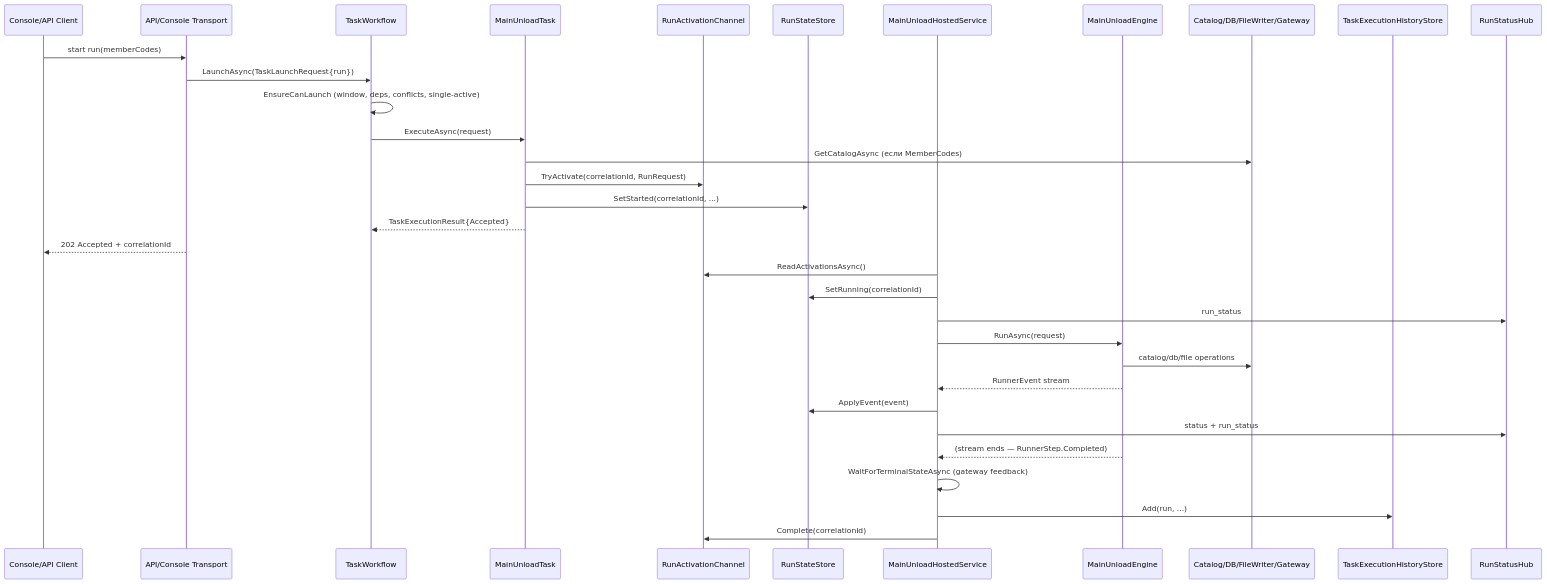
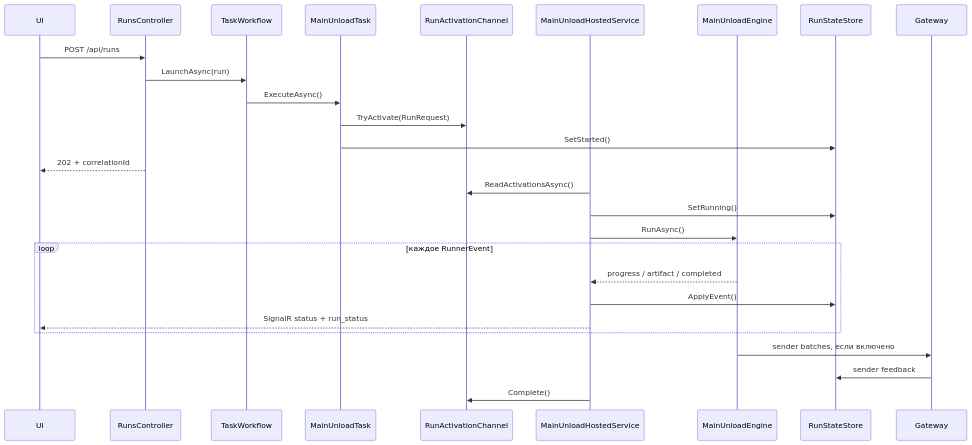
One commit to Dehydrohaloalkan/unload changed the fourth of 5 diagrams in docs/ARCHITECTURE.md. Above: the diagram before and after it, drawn with Mermaid. The commit also changed other lines of this file and 3 other files, not shown here.

````diff
--- a/docs/ARCHITECTURE.md
+++ b/docs/ARCHITECTURE.md
@@ -270,38 +259,31 @@
 ```mermaid
 sequenceDiagram
-    participant Client as Console/API Client
-    participant Transport as API/Console Transport
-    participant Workflow as TaskWorkflow
+    participant UI
+    participant API as RunsController
+    participant WF as TaskWorkflow
     participant Task as MainUnloadTask
     participant Channel as RunActivationChannel
-    participant Store as RunStateStore
     participant Worker as MainUnloadHostedService
     participant Engine as MainUnloadEngine
-    participant Infra as Catalog/DB/FileWriter/Gateway
-    participant History as TaskExecutionHistoryStore
-    participant SignalR as RunStatusHub
+    participant State as RunStateStore
+    participant Gateway
 
-    Client->>Transport: start run(memberCodes)
-    Transport->>Workflow: LaunchAsync(TaskLaunchRequest{run})
-    Workflow->>Workflow: EnsureCanLaunch (window, deps, conflicts, single-active)
-    Workflow->>Task: ExecuteAsync(request)
-    Task->>Infra: GetCatalogAsync (если MemberCodes)
-    Task->>Channel: TryActivate(correlationId, RunRequest)
-    Task->>Store: SetStarted(correlationId, ...)
-    Task-->>Workflow: TaskExecutionResult{Accepted}
-    Transport-->>Client: 202 Accepted + correlationId
+    UI->>API: POST /api/runs
+    API->>WF: LaunchAsync(run)
+    WF->>Task: ExecuteAsync()
+    Task->>Channel: TryActivate(RunRequest)
+    Task->>State: SetStarted()
+    API-->>UI: 202 + correlationId
 
     Worker->>Channel: ReadActivationsAsync()
-    Worker->>Store: SetRunning(correlationId)
-    Worker->>SignalR: run_status
-    Worker->>Engine: RunAsync(request)
-    Engine->>Infra: catalog/db/file operations
-    Engine-->>Worker: RunnerEvent stream
-    Worker->>Store: ApplyEvent(event)
-    Worker->>SignalR: status + run_status
-
-    Engine-->>Worker: (stream ends — RunnerStep.Completed)
-    Worker->>Worker: WaitForTerminalStateAsync (gateway feedback)
-    Worker->>History: Add(run, ...)
-    Worker->>Channel: Complete(correlationId)
+    Worker->>State: SetRunning()
+    Worker->>Engine: RunAsync()
+    loop каждое RunnerEvent
+        Engine-->>Worker: progress / artifact / completed
+        Worker->>State: ApplyEvent()
+        Worker-->>UI: SignalR status + run_status
+    end
+    Engine->>Gateway: sender batches, если включено
+    Gateway->>State: sender feedback
+    Worker->>Channel: Complete()
 ```
````
